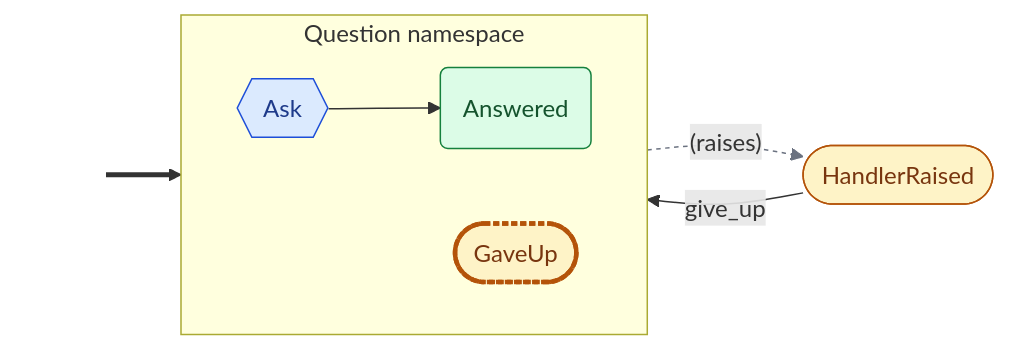
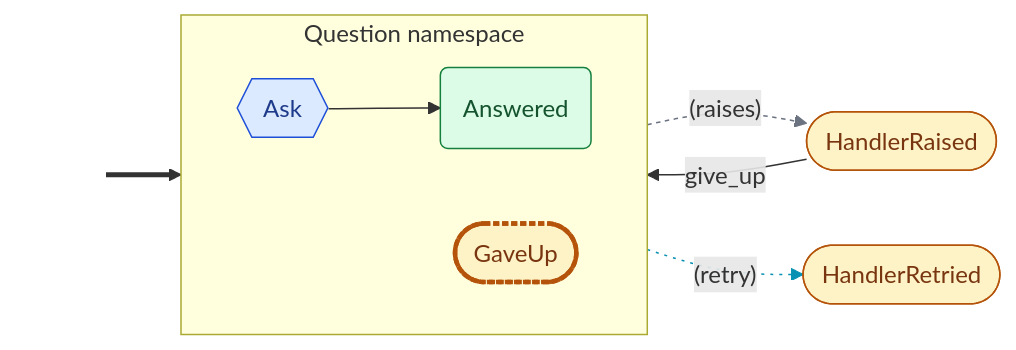
One commit to cadance-io/langgraph-events changed the eighth of 8 diagrams in docs/patterns.md. Above: the diagram before and after it, drawn with Mermaid. The commit also changed other lines of this file and 14 other files, not shown here.

````diff
--- a/docs/patterns.md
+++ b/docs/patterns.md
@@ -438,22 +440,25 @@
     ```mermaid
     graph LR
         classDef entry fill:none,stroke:none,color:none
         classDef cmd fill:#dbeafe,stroke:#1d4ed8,color:#1e3a8a
         classDef devt fill:#dcfce7,stroke:#15803d,color:#14532d
         classDef intg fill:#ede9fe,stroke:#6d28d9,color:#4c1d95
         classDef syst fill:#fef3c7,stroke:#b45309,color:#78350f
         classDef halt fill:#fef3c7,stroke:#b45309,color:#78350f,stroke-width:3px,stroke-dasharray:4 2
         classDef inv fill:#ffedd5,stroke:#c2410c,color:#7c2d12
         subgraph Question["Question namespace"]
             direction LR
             Answered(Answered):::devt
             Ask{{Ask}}:::cmd
             GaveUp([GaveUp]):::halt
         end
         HandlerRaised([HandlerRaised]):::syst
+        HandlerRetried([HandlerRetried]):::syst
         _e0_[ ]:::entry ==> Ask
         Ask -.->|"(raises)"| HandlerRaised
+        Ask -.->|"(retry)"| HandlerRetried
         Ask --> Answered
         HandlerRaised -->|give_up| GaveUp
         linkStyle 1 stroke:#6b7280,stroke-dasharray:3 3
+        linkStyle 2 stroke:#0891b2,stroke-dasharray:2 4
     ```
````
